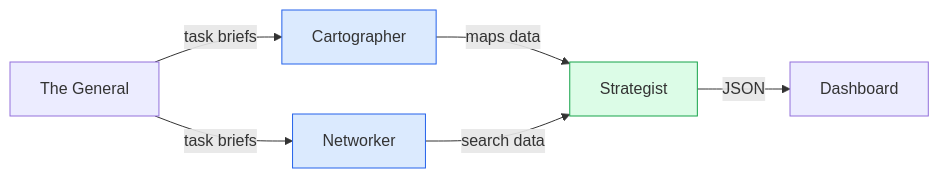
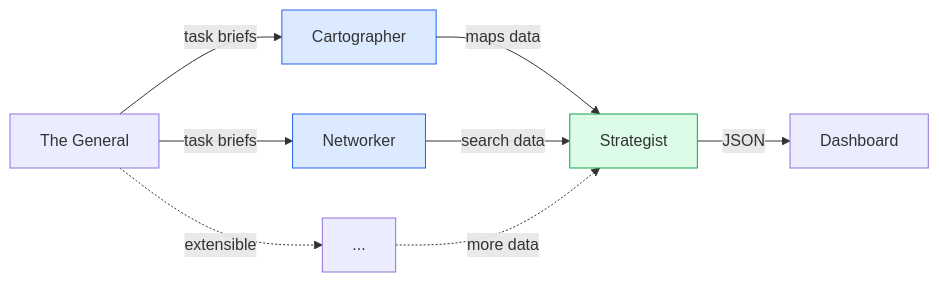
Before and after one commit to Tanayshri123/googleio: the second of 2 diagrams in slides.md, drawn with Mermaid. The commit also changed other lines of this file and 28 other files, not shown here.

````diff
--- a/slides.md
+++ b/slides.md
@@ -118,12 +121,14 @@
 ```mermaid {scale: 0.9}
 flowchart LR
   G[The General] -->|task briefs| C[Cartographer]
   G -->|task briefs| N[Networker]
+  G -.->|extensible| F["..."]
   C -->|maps data| S[Strategist]
   N -->|search data| S
+  F -.->|more data| S
   S -->|JSON| UI[Dashboard]
 
   style C fill:#dbeafe,stroke:#2563eb
   style N fill:#dbeafe,stroke:#2563eb
   style S fill:#dcfce7,stroke:#16a34a
 ```
````
